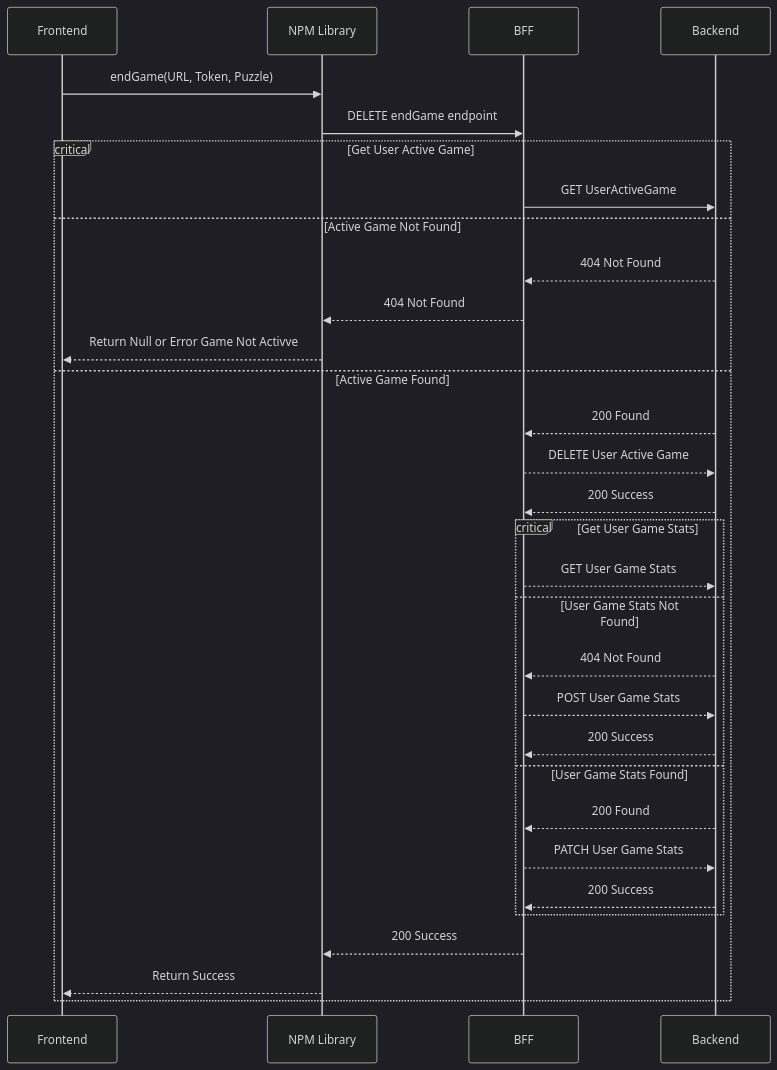
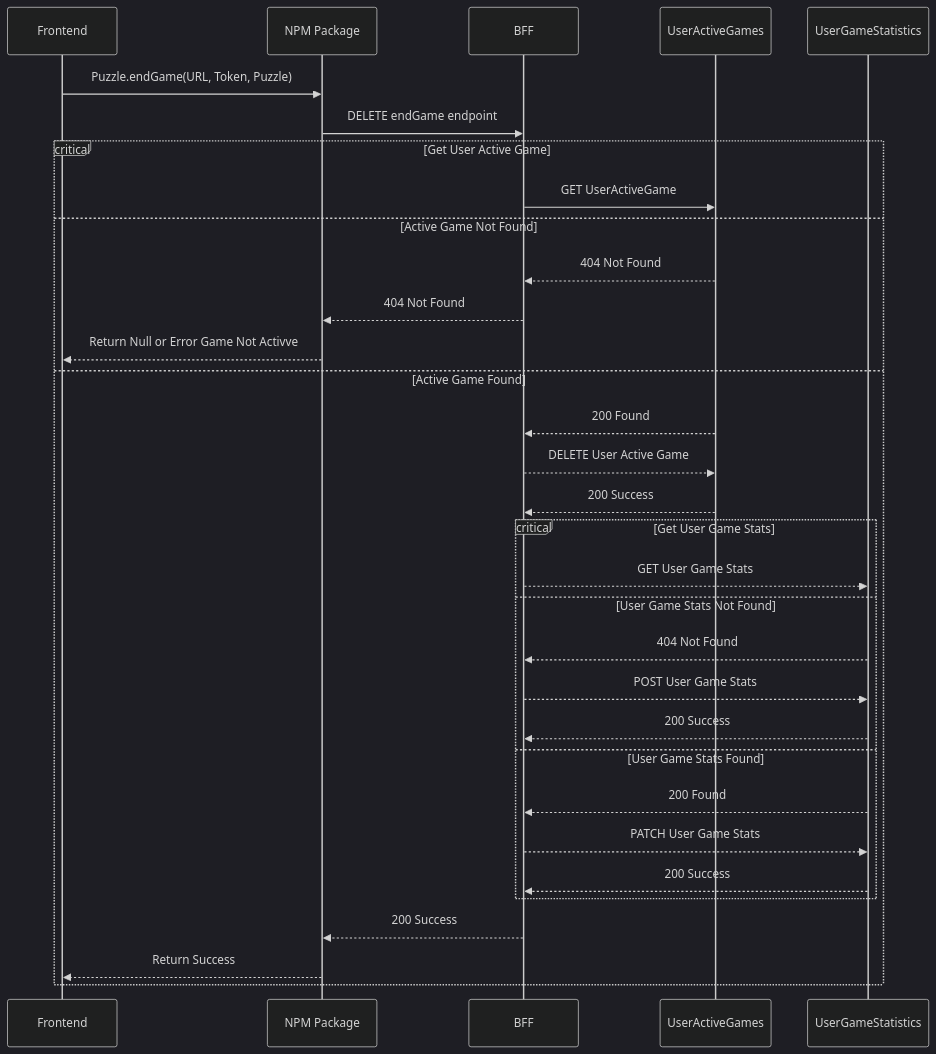
One commit to Sudokuru/Puzzle changed the fourth of 4 diagrams in Documentation/Diagrams/SequenceDiagram.md. Above: the diagram before and after it, drawn with Mermaid (dark theme). The commit also changed other lines of this file and 1 other file, not shown here.

````diff
--- a/Documentation/Diagrams/SequenceDiagram.md
+++ b/Documentation/Diagrams/SequenceDiagram.md
@@ -68,38 +122,39 @@
 ```mermaid
 sequenceDiagram
     participant Frontend
-    participant NPM Library
+    participant NPM Package
     participant BFF
-    participant Backend
+    participant UserActiveGames
+    participant UserGameStatistics
 
     #endGame
-    Frontend->>NPM Library: endGame(URL, Token, Puzzle)
-    NPM Library->>BFF: DELETE endGame endpoint
+    Frontend->>NPM Package: Puzzle.endGame(URL, Token, Puzzle)
+    NPM Package->>BFF: DELETE endGame endpoint
 
     critical Get User Active Game
-        BFF->>Backend: GET UserActiveGame
+        BFF->>UserActiveGames: GET UserActiveGame
     option Active Game Not Found
-        Backend-->>BFF: 404 Not Found
-        BFF-->>NPM Library: 404 Not Found
-        NPM Library-->>Frontend: Return Null or Error Game Not Activve
+        UserActiveGames-->>BFF: 404 Not Found
+        BFF-->>NPM Package: 404 Not Found
+        NPM Package-->>Frontend: Return Null or Error Game Not Activve
     option Active Game Found
-        Backend-->>BFF: 200 Found
-        BFF-->>Backend: DELETE User Active Game
-        Backend-->>BFF: 200 Success
+        UserActiveGames-->>BFF: 200 Found
+        BFF-->>UserActiveGames: DELETE User Active Game
+        UserActiveGames-->>BFF: 200 Success
 
         critical Get User Game Stats
-            BFF-->>Backend: GET User Game Stats
+            BFF-->>UserGameStatistics: GET User Game Stats
         option User Game Stats Not Found
-            Backend-->>BFF: 404 Not Found
-            BFF-->>Backend: POST User Game Stats
-            Backend-->>BFF: 200 Success
+            UserGameStatistics-->>BFF: 404 Not Found
+            BFF-->>UserGameStatistics: POST User Game Stats
+            UserGameStatistics-->>BFF: 200 Success
         option User Game Stats Found
-            Backend-->>BFF: 200 Found
-            BFF-->>Backend: PATCH User Game Stats
-            Backend-->>BFF: 200 Success
+            UserGameStatistics-->>BFF: 200 Found
+            BFF-->>UserGameStatistics: PATCH User Game Stats
+            UserGameStatistics-->>BFF: 200 Success
         end
 
-        BFF-->>NPM Library: 200 Success
-        NPM Library-->>Frontend: Return Success
+        BFF-->>NPM Package: 200 Success
+        NPM Package-->>Frontend: Return Success
     end
 ```
````
